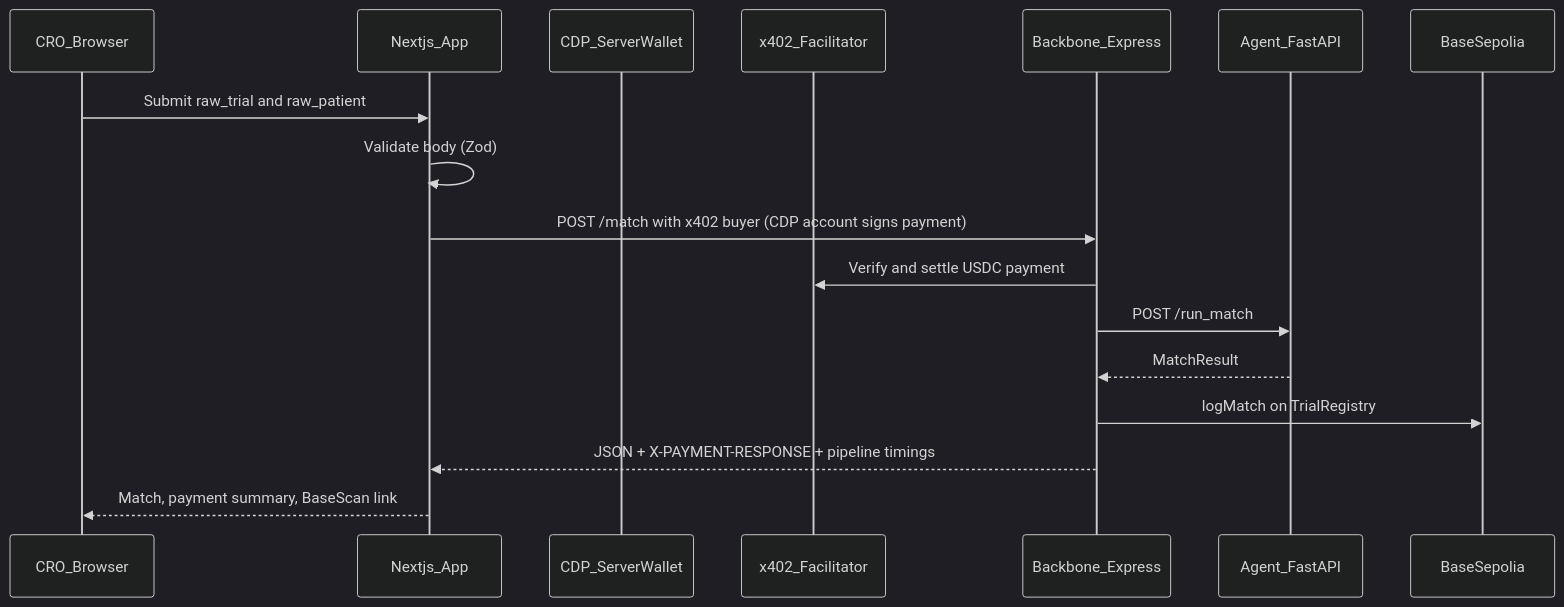
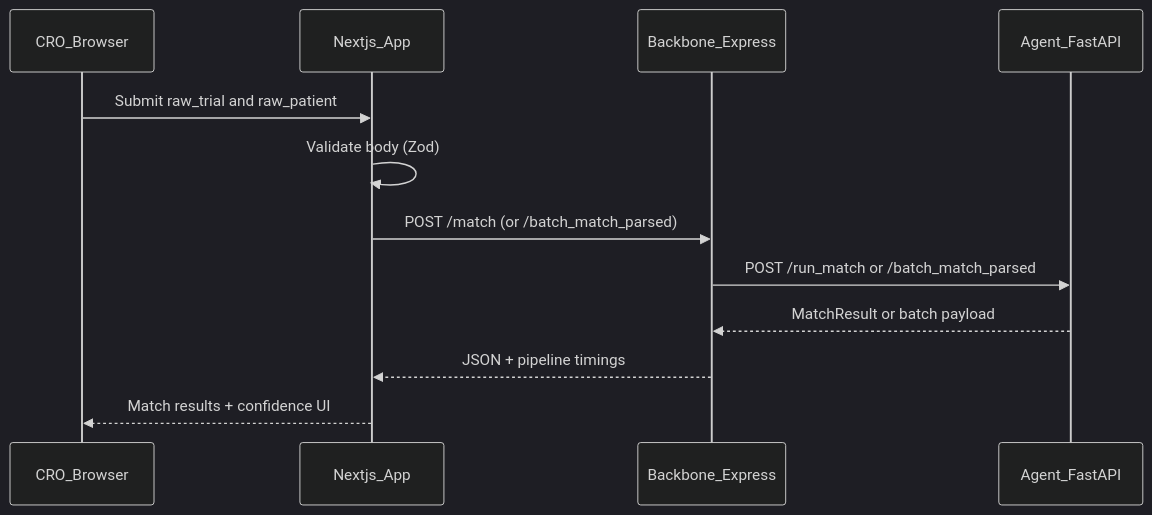
One commit to Nkovaturient/TrialBridge changed the diagram in medullAI/frontend/README.md. Above: the diagram before and after it, drawn with Mermaid (dark theme). The commit also changed other lines of this file and 19 other files, not shown here.

````diff
--- a/medullAI/frontend/README.md
+++ b/medullAI/frontend/README.md
@@ -10,20 +9,15 @@
 ```mermaid
 sequenceDiagram
   participant User as CRO_Browser
   participant Next as Nextjs_App
-  participant CDP as CDP_ServerWallet
-  participant Fac as x402_Facilitator
   participant BB as Backbone_Express
   participant Ag as Agent_FastAPI
-  participant Chain as BaseSepolia
 
   User->>Next: Submit raw_trial and raw_patient
   Next->>Next: Validate body (Zod)
-  Next->>BB: POST /match with x402 buyer (CDP account signs payment)
-  BB->>Fac: Verify and settle USDC payment
-  BB->>Ag: POST /run_match
-  Ag-->>BB: MatchResult
-  BB->>Chain: logMatch on TrialRegistry
-  BB-->>Next: JSON + X-PAYMENT-RESPONSE + pipeline timings
-  Next-->>User: Match, payment summary, BaseScan link
+  Next->>BB: POST /match (or /batch_match_parsed)
+  BB->>Ag: POST /run_match or /batch_match_parsed
+  Ag-->>BB: MatchResult or batch payload
+  BB-->>Next: JSON + pipeline timings
+  Next-->>User: Match results + confidence UI
 ```
````
